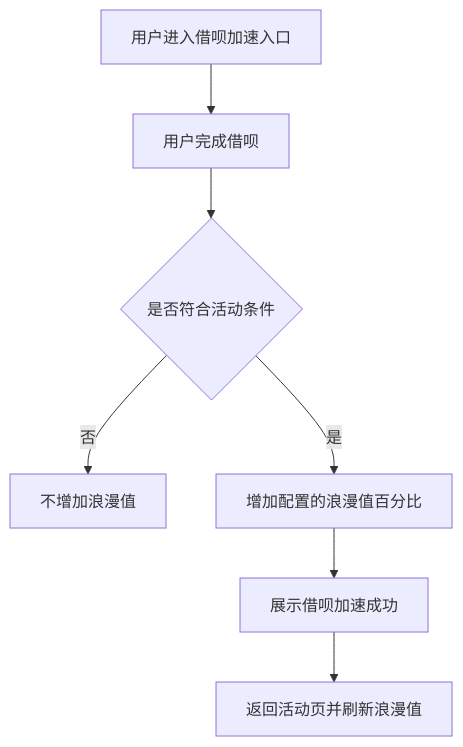
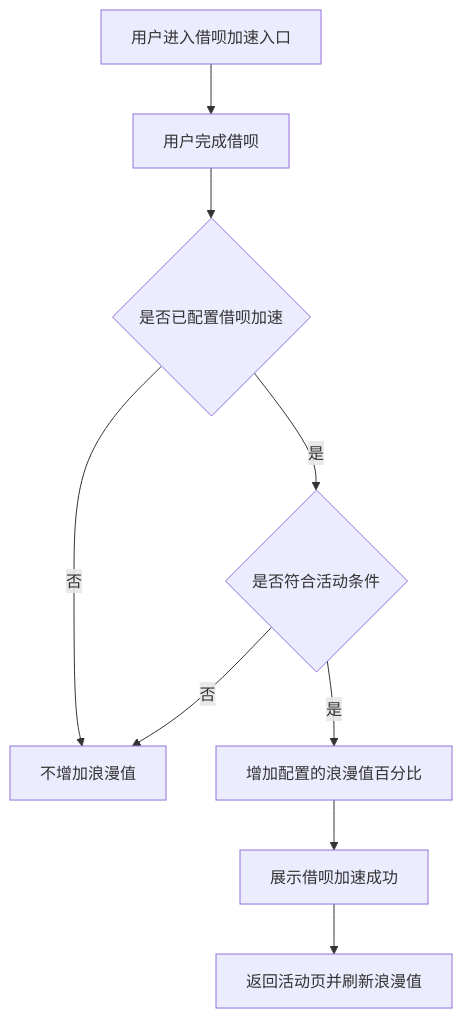
Before and after one commit to bala-luoluo/M3: the fourth of 6 diagrams in PRD_qixi_galaxy_box_activity_2026-07-31.md, drawn with Mermaid. The commit also changed other lines of this file and 1 other file, not shown here.

````diff
--- a/PRD_qixi_galaxy_box_activity_2026-07-31.md
+++ b/PRD_qixi_galaxy_box_activity_2026-07-31.md
@@ -228,9 +233,11 @@
 ```mermaid
 flowchart TD
     A[用户进入借呗加速入口] --> B[用户完成借呗]
-    B --> C{是否符合活动条件}
+    B --> C{是否已配置借呗加速}
     C -->|否| D[不增加浪漫值]
-    C -->|是| E[增加配置的浪漫值百分比]
-    E --> F[展示借呗加速成功]
-    F --> G[返回活动页并刷新浪漫值]
+    C -->|是| E{是否符合活动条件}
+    E -->|否| D
+    E -->|是| F[增加配置的浪漫值百分比]
+    F --> G[展示借呗加速成功]
+    G --> H[返回活动页并刷新浪漫值]
 ```
````
